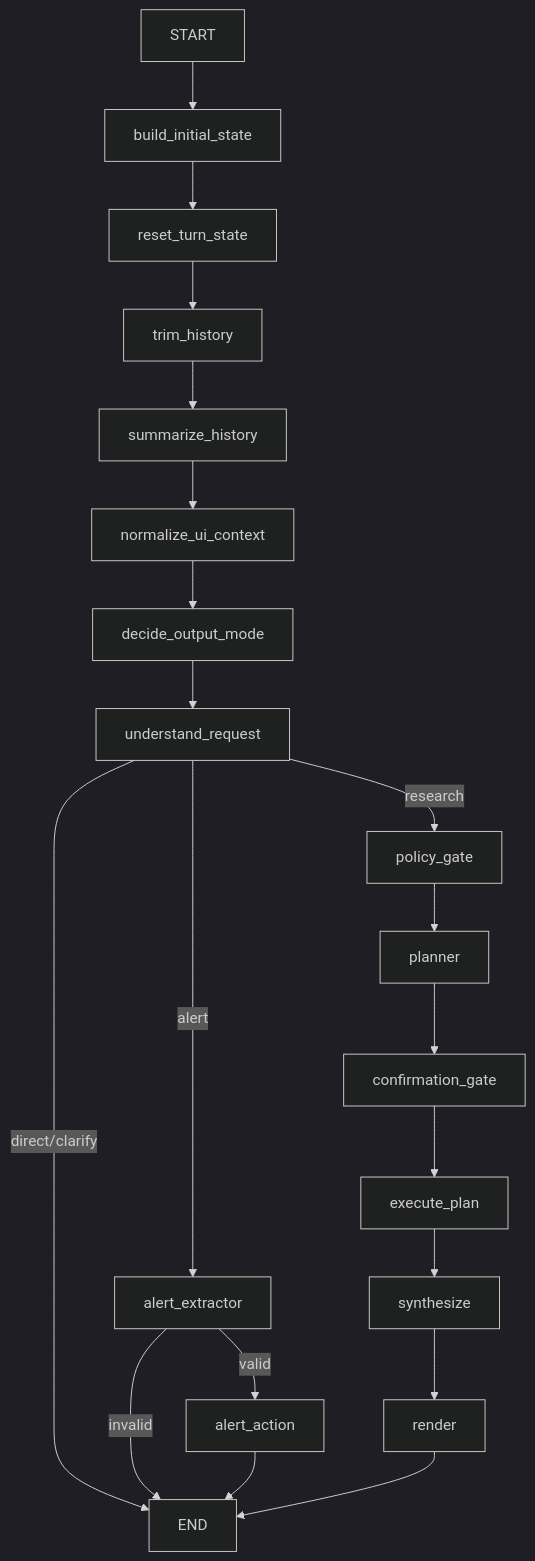
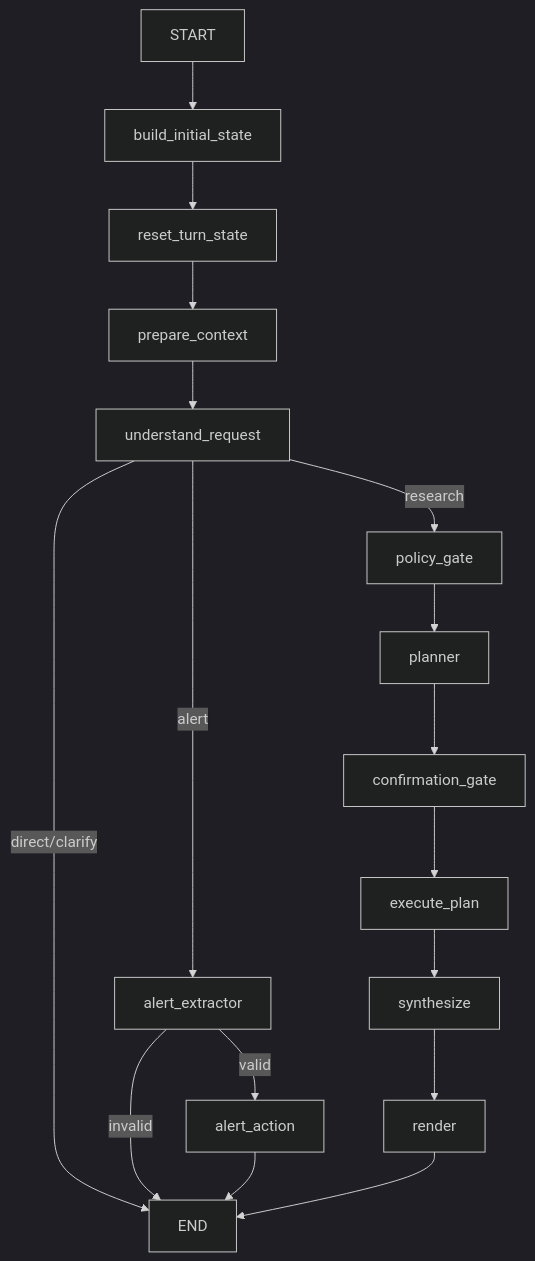
One commit to kkkano/FinSight changed the second of 10 diagrams in docs/01_ARCHITECTURE.md. Above: the diagram before and after it, drawn with Mermaid (dark theme). The commit also changed other lines of this file and 13 other files, not shown here.

Commit message:
docs: finalize request understanding architecture

````diff
--- a/docs/01_ARCHITECTURE.md
+++ b/docs/01_ARCHITECTURE.md
@@ -55,22 +55,19 @@
 ```mermaid
 flowchart TD
   START --> build_initial_state
   build_initial_state --> reset_turn_state
-  reset_turn_state --> trim_history
-  trim_history --> summarize_history
-  summarize_history --> normalize_ui_context
-  normalize_ui_context --> decide_output_mode
-  decide_output_mode --> understand_request
+  reset_turn_state --> prepare_context
+  prepare_context --> understand_request
   understand_request -->|direct/clarify| END
   understand_request -->|alert| alert_extractor
   understand_request -->|research| policy_gate
   alert_extractor -->|valid| alert_action
   alert_extractor -->|invalid| END
   alert_action --> END
   policy_gate --> planner
   planner --> confirmation_gate
   confirmation_gate --> execute_plan
   execute_plan --> synthesize
   synthesize --> render
   render --> END
 ```
````
